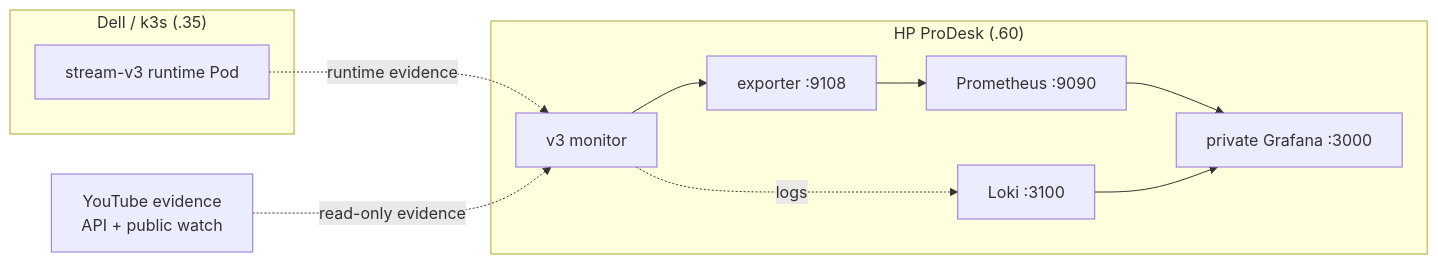
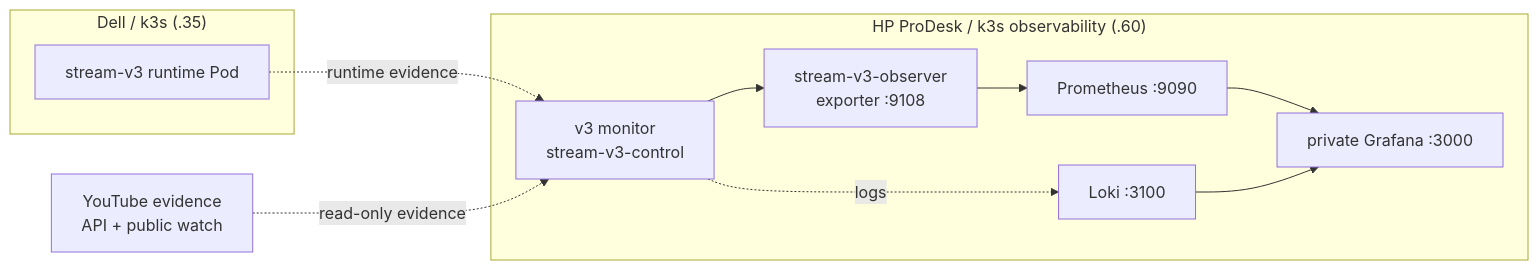
One commit to yukimurata0421/live-stream-systems-case-study changed the second of 4 diagrams in README.md. Above: the diagram before and after it, drawn with Mermaid. The commit also changed other lines of this file and 14 other files, not shown here.

Commit message:
Document ProDesk k3s observability topology

````diff
--- a/README.md
+++ b/README.md
@@ -158,21 +169,21 @@
 ```mermaid
 flowchart LR
     subgraph DELL["Dell / k3s (.35)"]
         RUN["stream-v3 runtime Pod"]
     end
 
-    subgraph PD["HP ProDesk (.60)"]
-        MON["v3 monitor"]
-        EXP["exporter :9108"]
+    subgraph PD["HP ProDesk / k3s observability (.60)"]
+        MON["v3 monitor<br/>stream-v3-control"]
+        EXP["stream-v3-observer<br/>exporter :9108"]
         PROM["Prometheus :9090"]
         LOKI["Loki :3100"]
         GRAF["private Grafana :3000"]
     end
 
     YT["YouTube evidence<br/>API + public watch"]
 
     RUN -. runtime evidence .-> MON
     YT -. read-only evidence .-> MON
     MON --> EXP --> PROM --> GRAF
     MON -. logs .-> LOKI --> GRAF
 ```
````
